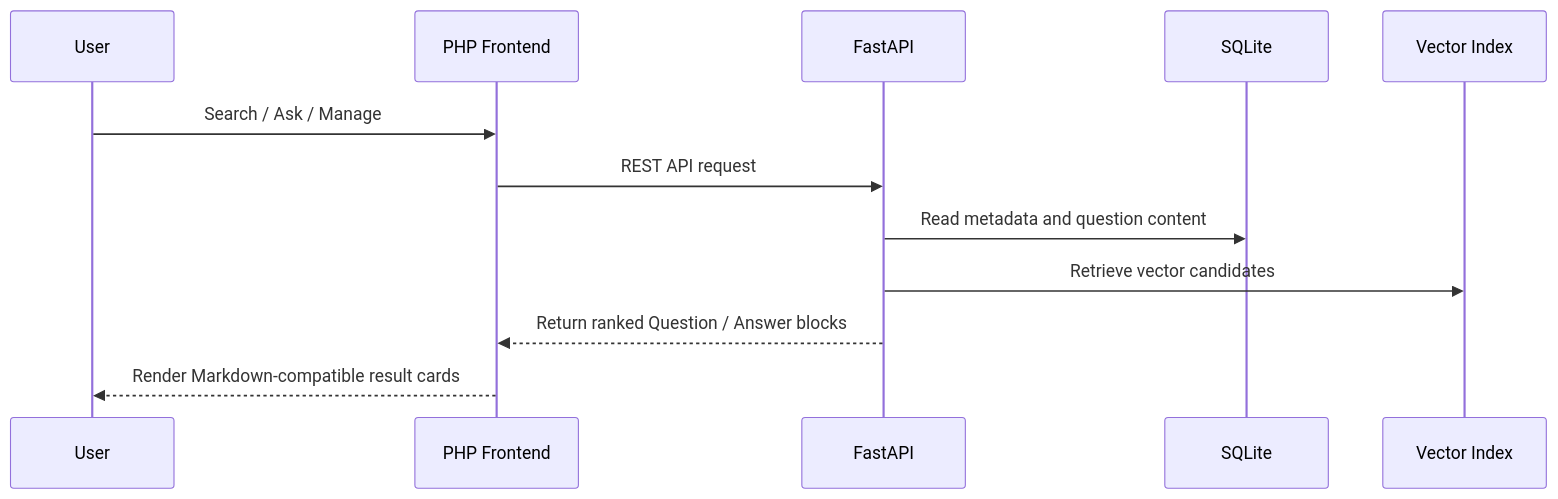
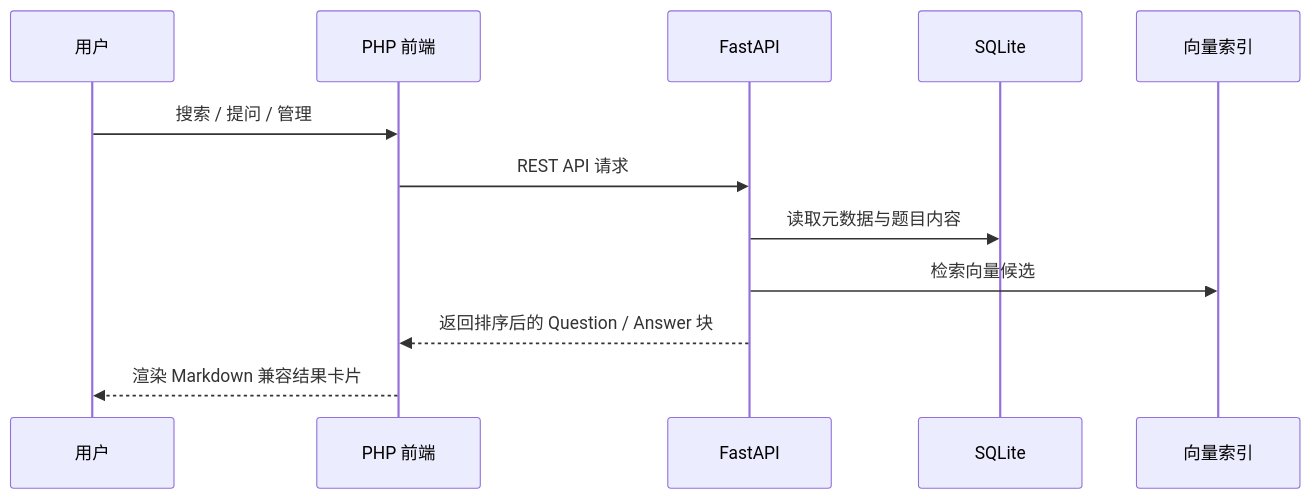
The second of 2 diagrams in README.md (dazhiruoyu123/jianwei-interview-rag), drawn with Mermaid before and after one commit. The commit also changed other lines of this file, not shown here.

````diff
--- a/README.md
+++ b/README.md
@@ -44,14 +44,14 @@
 ```mermaid
 sequenceDiagram
-    participant U as User
-    participant W as PHP Frontend
+    participant U as 用户
+    participant W as PHP 前端
     participant A as FastAPI
     participant D as SQLite
-    participant V as Vector Index
-    U->>W: Search / Ask / Manage
-    W->>A: REST API request
-    A->>D: Read metadata and question content
-    A->>V: Retrieve vector candidates
-    A-->>W: Return ranked Question / Answer blocks
-    W-->>U: Render Markdown-compatible result cards
+    participant V as 向量索引
+    U->>W: 搜索 / 提问 / 管理
+    W->>A: REST API 请求
+    A->>D: 读取元数据与题目内容
+    A->>V: 检索向量候选
+    A-->>W: 返回排序后的 Question / Answer 块
+    W-->>U: 渲染 Markdown 兼容结果卡片
 ```
````
